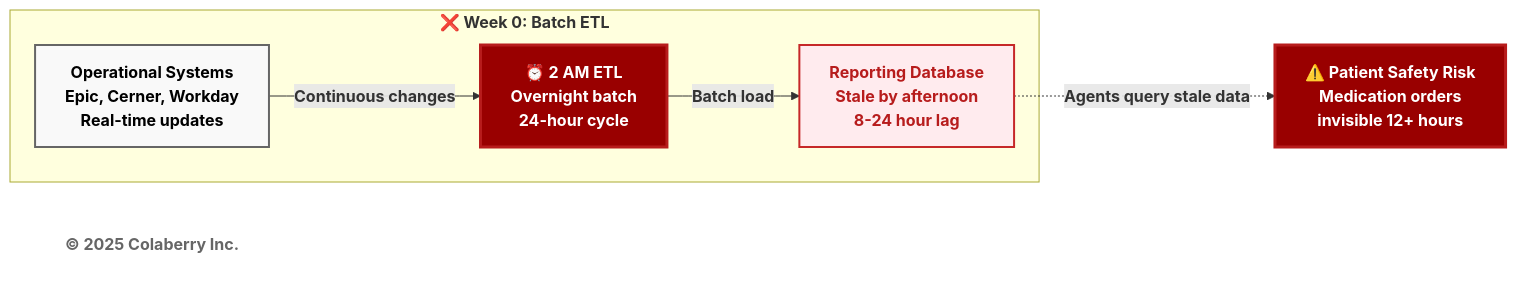
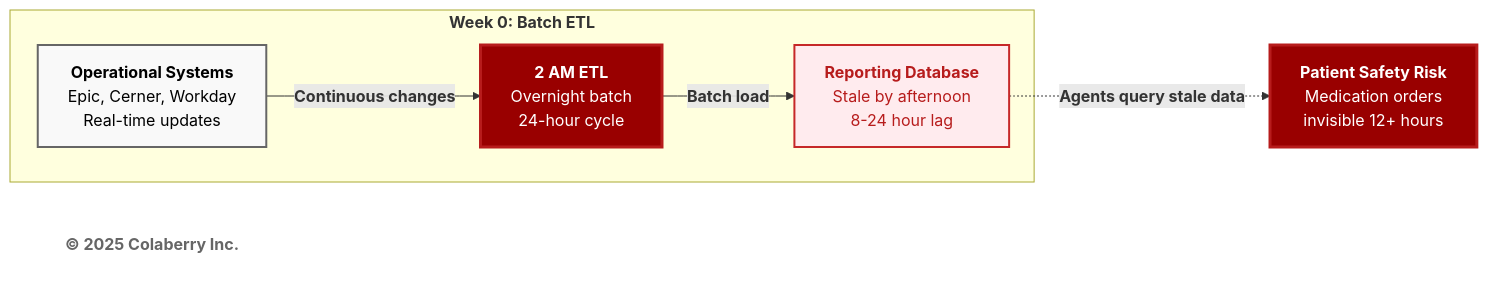
One commit to saitejesh-cyber/trust-before-intelligence-book changed the fourth of 11 diagrams in manuscript/05_chapter_4_foundation_layers_v4_1.md. Above: the diagram before and after it, drawn with Mermaid. The commit also changed other lines of this file, not shown here.

Commit message:
Cleaning up the diagrams from emojis
Cleaning up the diagrams from emojis

````diff
--- a/manuscript/05_chapter_4_foundation_layers_v4_1.md
+++ b/manuscript/05_chapter_4_foundation_layers_v4_1.md
@@ -293,22 +293,22 @@
 ```mermaid
 graph LR
-    subgraph "<b>❌ Week 0: Batch ETL</b>"
-        OPS["<b>Operational Systems</b><br/><b>Epic, Cerner, Workday</b><br/><b>Real-time updates</b>"]
-        ETL["<b>⏰ 2 AM ETL</b><br/><b>Overnight batch</b><br/><b>24-hour cycle</b>"]
-        REPORT["<b>Reporting Database</b><br/><b>Stale by afternoon</b><br/><b>8-24 hour lag</b>"]
+    subgraph "<b>Week 0: Batch ETL</b>"
+        OPS["<b>Operational Systems</b><br/>Epic, Cerner, Workday<br/>Real-time updates"]
+        ETL["<b>2 AM ETL</b><br/>Overnight batch<br/>24-hour cycle"]
+        REPORT["<b>Reporting Database</b><br/>Stale by afternoon<br/>8-24 hour lag"]
     end
     
-    RISK["<b>⚠️ Patient Safety Risk</b><br/><b>Medication orders</b><br/><b>invisible 12+ hours</b>"]
+    RISK["<b>Patient Safety Risk</b><br/>Medication orders<br/>invisible 12+ hours"]
     
     Copyright["<b>© 2025 Colaberry Inc.</b>"]
     
     OPS -->|<b>Continuous changes</b>| ETL
     ETL -->|<b>Batch load</b>| REPORT
     REPORT -.->|<b>Agents query stale data</b>| RISK
     
     style OPS fill:#f9f9f9,stroke:#666666,stroke-width:2px,color:#000000
     style ETL fill:#990000,color:#ffffff,stroke:#b71c1c,stroke-width:3px
     style REPORT fill:#ffebee,stroke:#c62828,stroke-width:2px,color:#b71c1c
     style RISK fill:#990000,color:#ffffff,stroke:#b71c1c,stroke-width:3px
     style Copyright fill:#ffffff,stroke:none,color:#666666
 ```
````
